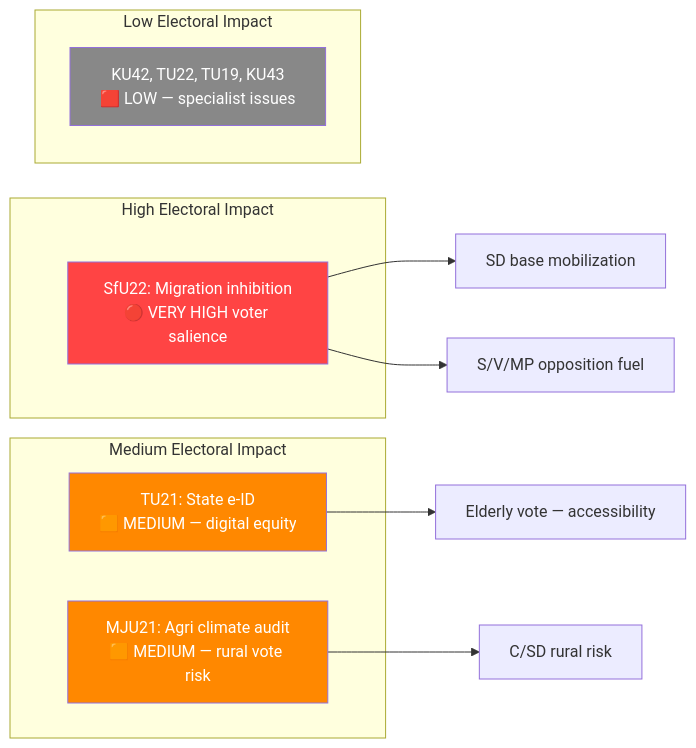
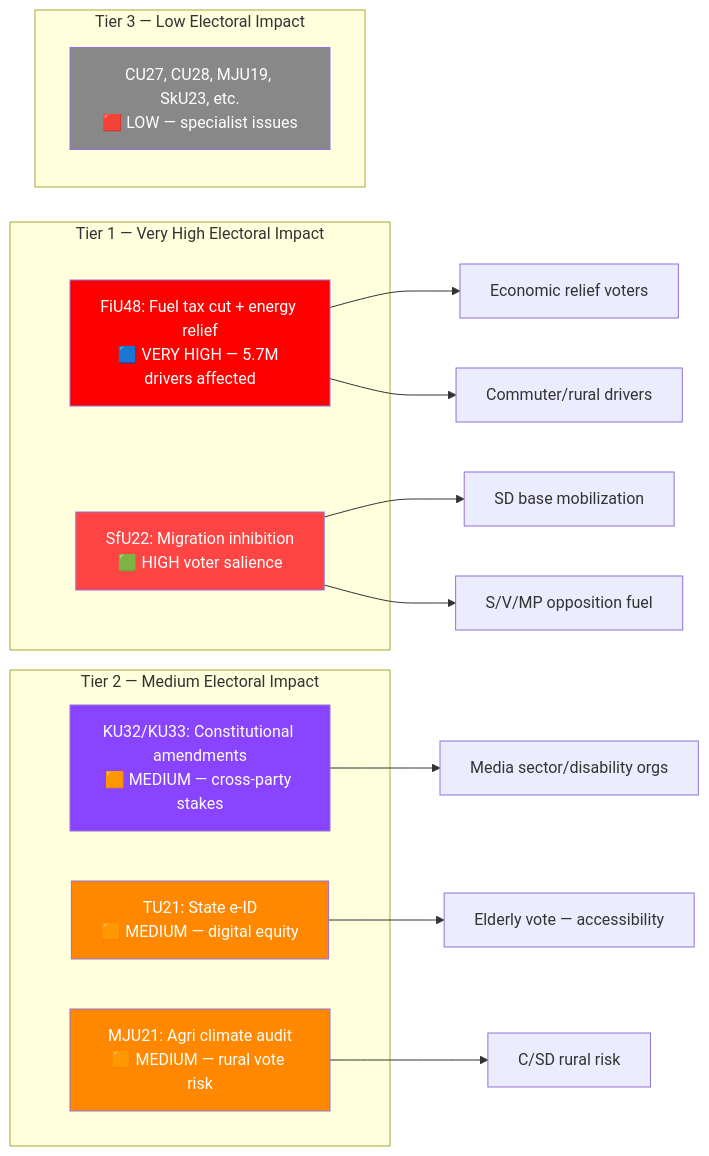
The diagram in analysis/daily/2026-04-21/committeeReports/election-2026-implications.md (Hack23/riksdagsmonitor), drawn with Mermaid before and after one commit. The commit also changed other lines of this file and 5 other files, not shown here.

````diff
--- a/analysis/daily/2026-04-21/committeeReports/election-2026-implications.md
+++ b/analysis/daily/2026-04-21/committeeReports/election-2026-implications.md
@@ -13,21 +14,28 @@
 ```mermaid
 graph LR
-    subgraph "High Electoral Impact"
-    SfU22["SfU22: Migration inhibition\n🔴 VERY HIGH voter salience"]
+    subgraph "Tier 1 — Very High Electoral Impact"
+    FiU48["FiU48: Fuel tax cut + energy relief\n🟦 VERY HIGH — 5.7M drivers affected"]
+    SfU22["SfU22: Migration inhibition\n🟩 HIGH voter salience"]
     end
-    subgraph "Medium Electoral Impact"
+    subgraph "Tier 2 — Medium Electoral Impact"
+    KU32["KU32/KU33: Constitutional amendments\n🟧 MEDIUM — cross-party stakes"]
     TU21["TU21: State e-ID\n🟧 MEDIUM — digital equity"]
     MJU21["MJU21: Agri climate audit\n🟧 MEDIUM — rural vote risk"]
     end
-    subgraph "Low Electoral Impact"
-    Others["KU42, TU22, TU19, KU43\n🟥 LOW — specialist issues"]
+    subgraph "Tier 3 — Low Electoral Impact"
+    Others["CU27, CU28, MJU19, SkU23, etc.\n🟥 LOW — specialist issues"]
     end
+    FiU48 --> Economy["Economic relief voters"]
+    FiU48 --> Drivers["Commuter/rural drivers"]
     SfU22 --> SD["SD base mobilization"]
     SfU22 --> S_opp["S/V/MP opposition fuel"]
+    KU32 --> Media["Media sector/disability orgs"]
     TU21 --> Elderly["Elderly vote — accessibility"]
     MJU21 --> Rural["C/SD rural risk"]
+    style FiU48 fill:#ff0000,color:#fff
     style SfU22 fill:#ff4444,color:#fff
+    style KU32 fill:#8844ff,color:#fff
     style TU21 fill:#ff8800,color:#fff
     style MJU21 fill:#ff8800,color:#fff
     style Others fill:#888888,color:#fff
 ```
````
